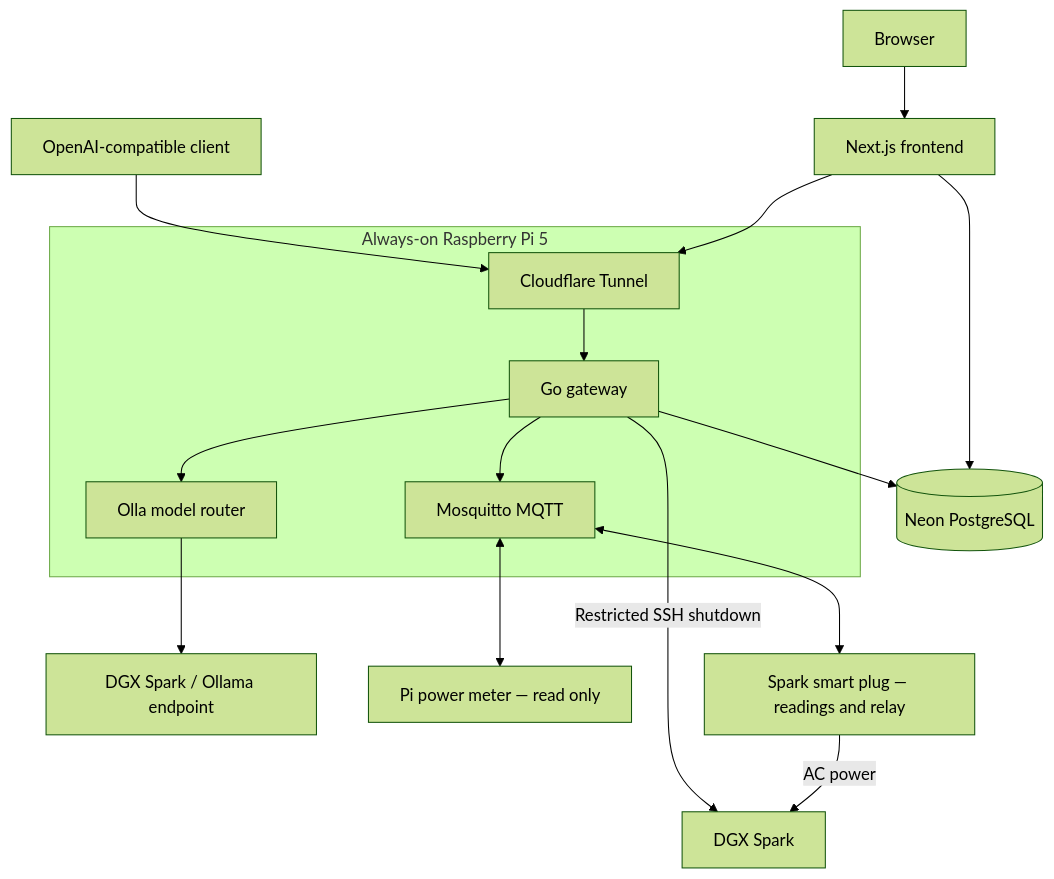
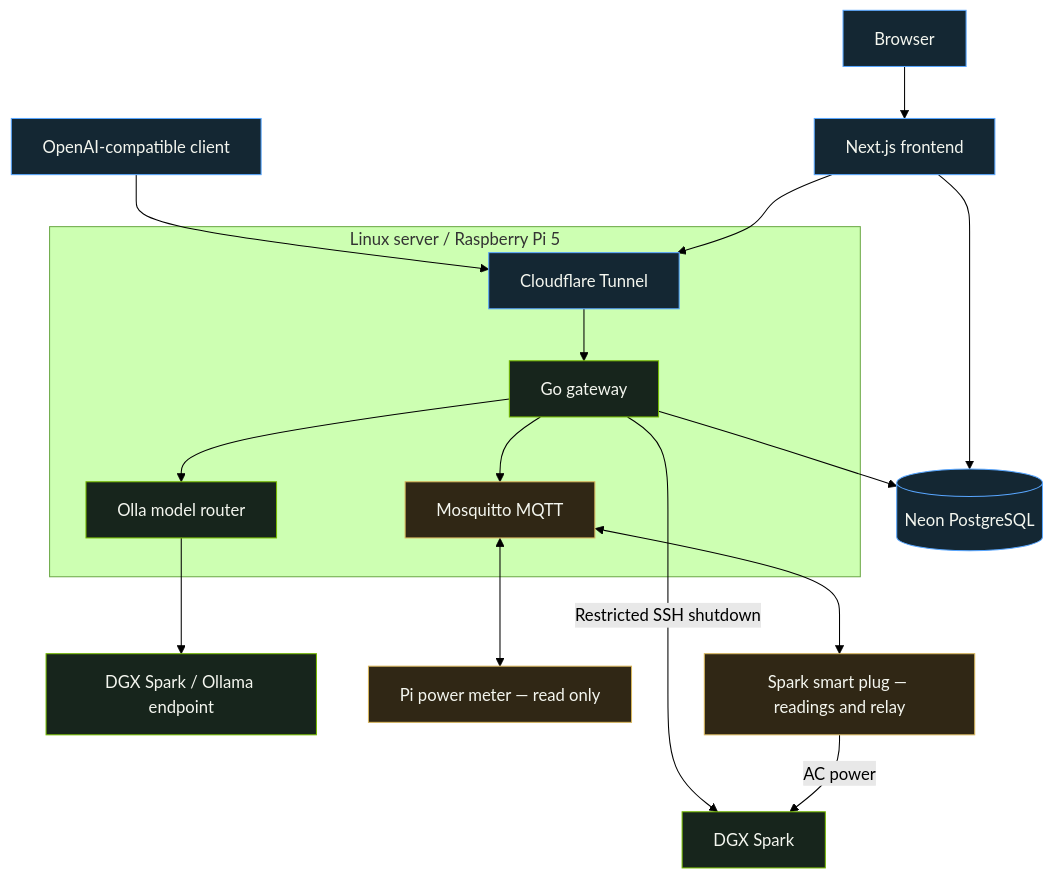
One commit to Haoming9527/DGX-Spark-Platform changed the diagram in README.md. Above: the diagram before and after it, drawn with Mermaid (forest theme). The commit also changed other lines of this file, not shown here.

````diff
--- a/README.md
+++ b/README.md
@@ -22,20 +79,27 @@
 ```mermaid
 flowchart TD
     Browser[Browser] --> Web[Next.js frontend]
     Client[OpenAI-compatible client] --> Tunnel[Cloudflare Tunnel]
     Web --> Tunnel
     Web --> DB[(Neon PostgreSQL)]
 
-    subgraph Pi[Always-on Raspberry Pi 5]
+    subgraph Pi[Linux server / Raspberry Pi 5]
         Tunnel --> Gateway[Go gateway]
         Gateway --> Olla[Olla model router]
         Gateway --> MQTT[Mosquitto MQTT]
     end
 
     Gateway --> DB
     Olla --> Inference[DGX Spark / Ollama endpoint]
     Gateway -->|Restricted SSH shutdown| Spark[DGX Spark]
     MQTT <--> PiMeter[Pi power meter — read only]
     MQTT <--> SparkPlug[Spark smart plug — readings and relay]
     SparkPlug -->|AC power| Spark
+
+    classDef compute fill:#17251c,stroke:#75B900,color:#f4f6ef
+    classDef access fill:#142733,stroke:#58a6ff,color:#f4f6ef
+    classDef hardware fill:#302715,stroke:#d7b65d,color:#f4f6ef
+    class Gateway,Olla,Inference,Spark compute
+    class Browser,Client,Web,Tunnel,DB access
+    class MQTT,PiMeter,SparkPlug hardware
 ```
````
